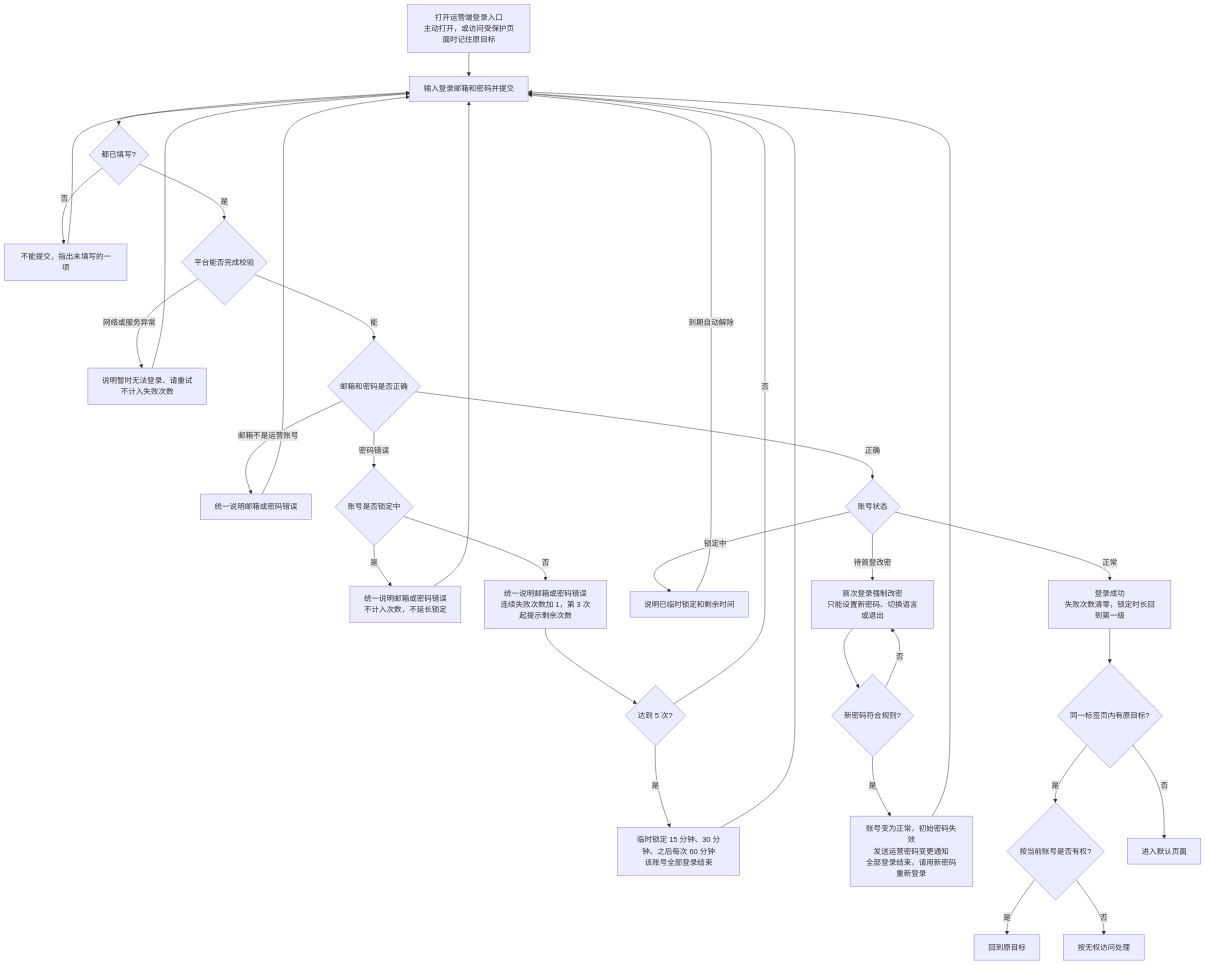
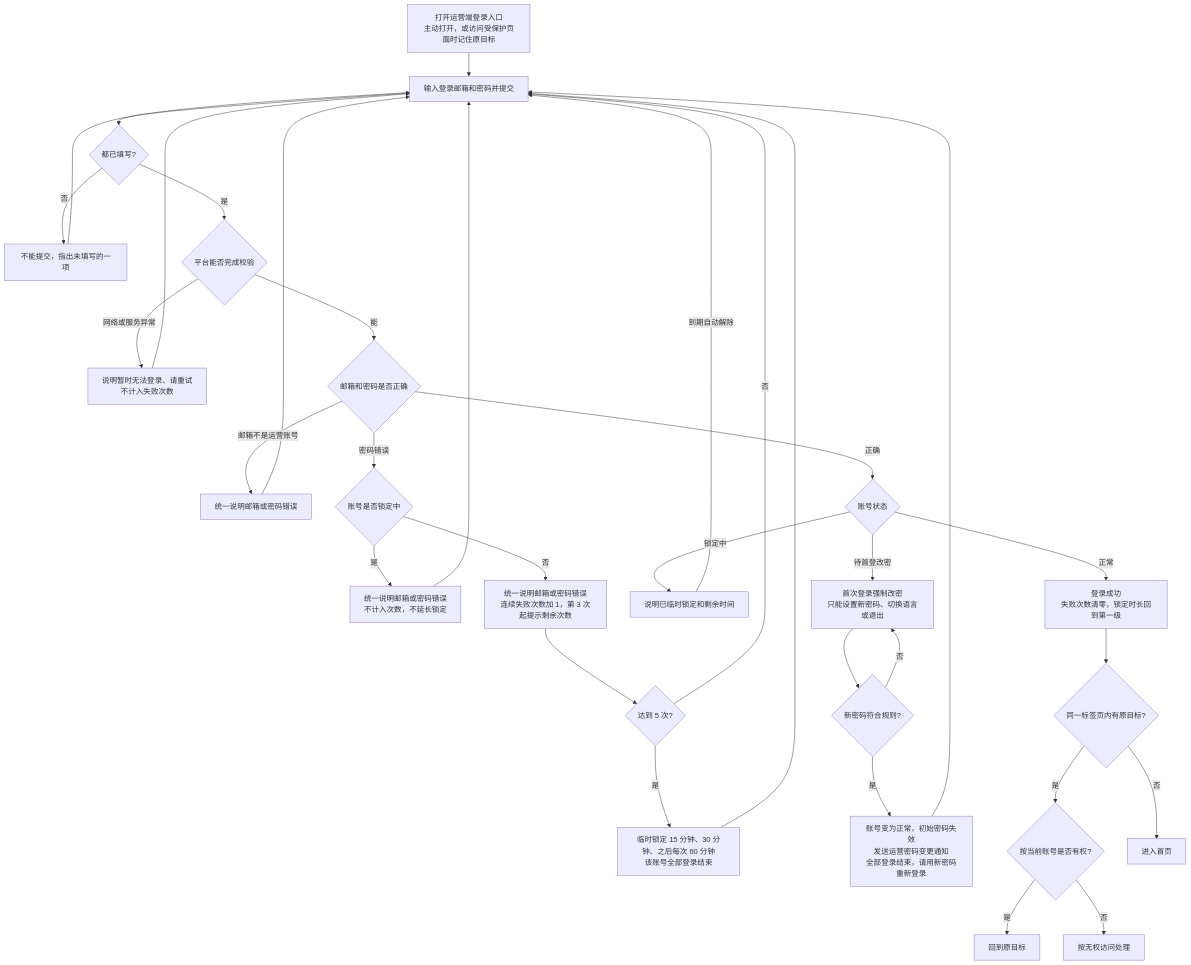
One commit to wxblockchain/Chain-Financing changed the first of 7 diagrams in asset-trust-platform/PRD/运营端/M2-运营登录与企业管理/02-运营登录与企业管理-流程图与状态机.md. Above: the diagram before and after it, drawn with Mermaid. The commit also changed other lines of this file and 4 other files, not shown here.

````diff
--- a/asset-trust-platform/PRD/运营端/M2-运营登录与企业管理/02-运营登录与企业管理-流程图与状态机.md
+++ b/asset-trust-platform/PRD/运营端/M2-运营登录与企业管理/02-运营登录与企业管理-流程图与状态机.md
@@ -20,35 +20,35 @@
 ```mermaid
 flowchart TD
     A[打开运营端登录入口<br/>主动打开，或访问受保护页面时记住原目标] --> B[输入登录邮箱和密码并提交]
     B --> B1{都已填写?}
     B1 -->|否| B2[不能提交，指出未填写的一项]
     B2 --> B
     B1 -->|是| B3{平台能否完成校验}
     B3 -->|网络或服务异常| B4[说明暂时无法登录、请重试<br/>不计入失败次数]
     B4 --> B
     B3 -->|能| C{邮箱和密码是否正确}
     C -->|邮箱不是运营账号| D[统一说明邮箱或密码错误]
     D --> B
     C -->|密码错误| E0{账号是否锁定中}
     E0 -->|是| E3[统一说明邮箱或密码错误<br/>不计入次数，不延长锁定]
     E3 --> B
     E0 -->|否| E[统一说明邮箱或密码错误<br/>连续失败次数加 1，第 3 次起提示剩余次数]
     E --> E1{达到 5 次?}
     E1 -->|否| B
     E1 -->|是| E2[临时锁定 15 分钟、30 分钟、之后每次 60 分钟<br/>该账号全部登录结束]
     E2 --> B
     C -->|正确| F{账号状态}
     F -->|锁定中| G[说明已临时锁定和剩余时间]
     G -->|到期自动解除| B
     F -->|待首登改密| H[首次登录强制改密<br/>只能设置新密码、切换语言或退出]
     H --> H1{新密码符合规则?}
     H1 -->|否| H
     H1 -->|是| H2[账号变为正常，初始密码失效<br/>发送运营密码变更通知<br/>全部登录结束，请用新密码重新登录]
     H2 --> B
     F -->|正常| I[登录成功<br/>失败次数清零，锁定时长回到第一级]
     I --> J{同一标签页内有原目标?}
     J -->|是| K{按当前账号是否有权?}
     K -->|是| L[回到原目标]
     K -->|否| M[按无权访问处理]
-    J -->|否| N[进入默认页面]
+    J -->|否| N[进入首页]
 ```
````
